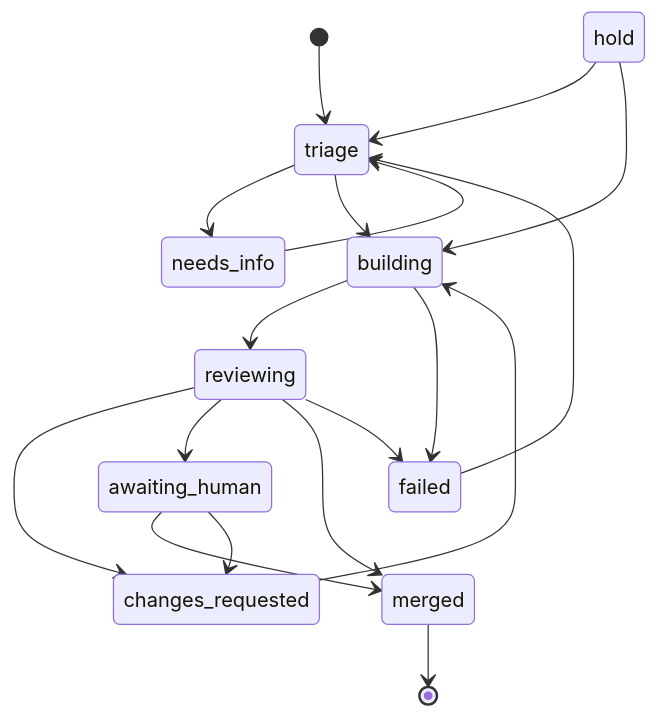
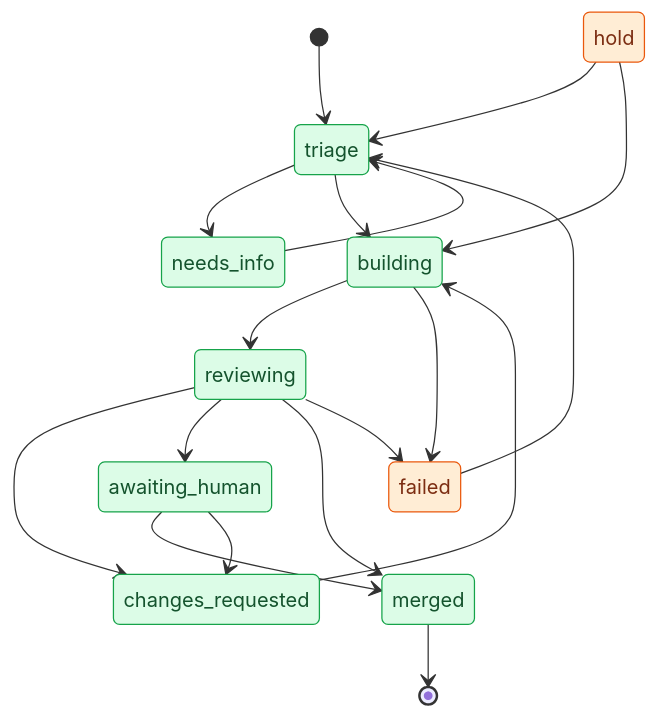
The diagram in docs/02-deterministic-spine/job-state-machine.md (icelink-ai/software-factory-manifesto), drawn with Mermaid before and after one commit. The commit also changed other lines of this file and 73 other files, not shown here.

````diff
--- a/docs/02-deterministic-spine/job-state-machine.md
+++ b/docs/02-deterministic-spine/job-state-machine.md
@@ -58,20 +70,27 @@
 ```mermaid
 stateDiagram-v2
     [*] --> triage
     triage --> needs_info
     needs_info --> triage
     triage --> building
     building --> reviewing
     reviewing --> changes_requested
     changes_requested --> building
     reviewing --> awaiting_human
     awaiting_human --> merged
     awaiting_human --> changes_requested
     reviewing --> merged
     building --> failed
     reviewing --> failed
     failed --> triage
     hold --> triage
     hold --> building
     merged --> [*]
+    class triage,needs_info,building,reviewing,changes_requested,awaiting_human,merged state
+    class failed,hold stop
+    classDef person fill:#dbeafe,stroke:#2563eb,color:#1e3a8a
+    classDef script fill:#f1f5f9,stroke:#64748b,color:#0f172a
+    classDef agent fill:#ede9fe,stroke:#7c3aed,color:#4c1d95
+    classDef state fill:#dcfce7,stroke:#16a34a,color:#14532d
+    classDef stop fill:#ffedd5,stroke:#ea580c,color:#7c2d12
 ```
````
